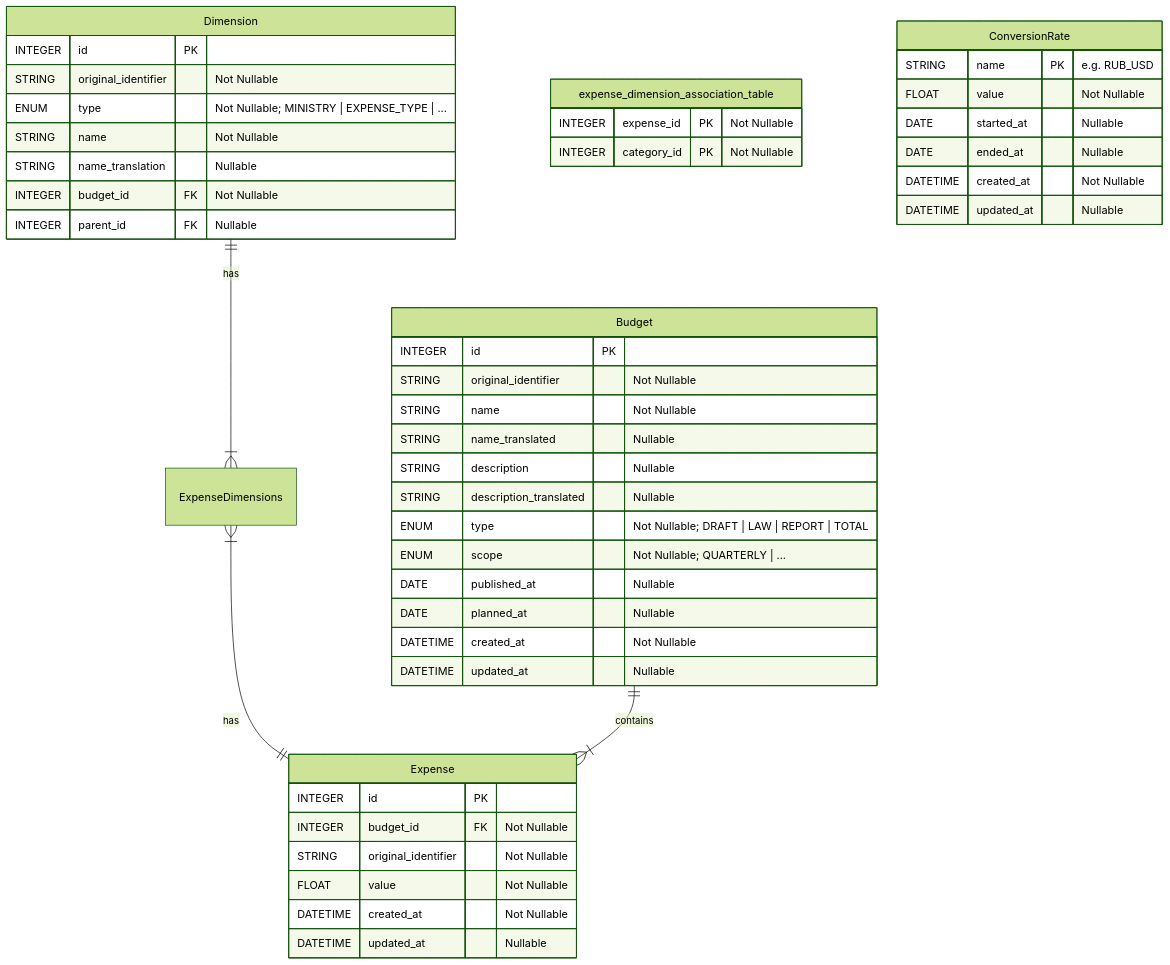
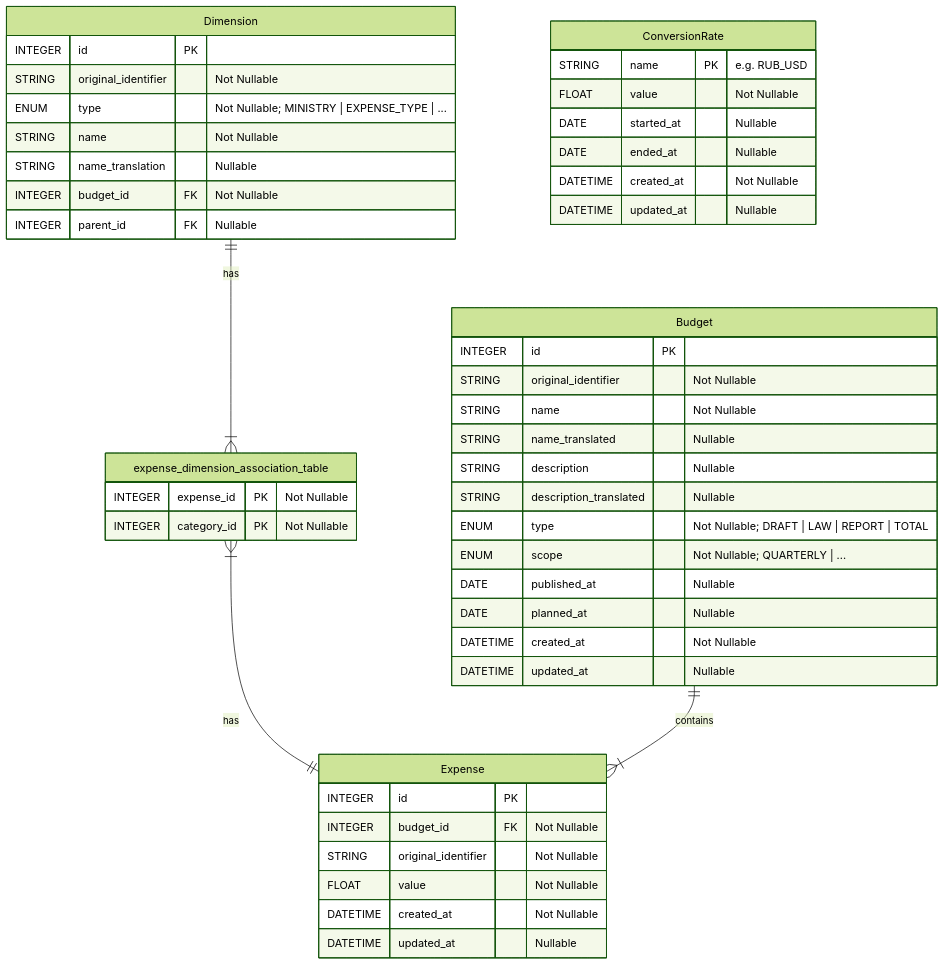
Before and after one commit to swp-berlin/ru_budget_tracker: the diagram in README.md, drawn with Mermaid (forest theme).

````diff
--- a/README.md
+++ b/README.md
@@ -74,49 +74,49 @@
 ```mermaid
 erDiagram
 	Dimension {
 	  INTEGER id PK
 	  STRING original_identifier "Not Nullable"
 	  ENUM type "Not Nullable; MINISTRY | EXPENSE_TYPE | ..."
 	  STRING name "Not Nullable"
 	  STRING name_translation "Nullable"
 	  INTEGER budget_id FK "Not Nullable"
 	  INTEGER parent_id FK "Nullable"
   }
-  Dimension ||--|{ ExpenseDimensions : has
+  Dimension ||--|{ expense_dimension_association_table : has
   expense_dimension_association_table {
 	  INTEGER expense_id PK "Not Nullable"
 	  INTEGER category_id PK "Not Nullable"
 	}
-	ExpenseDimensions }|--|| Expense : has
+	expense_dimension_association_table }|--|| Expense : has
 	Budget ||--|{ Expense : contains
 	Budget {
 	  INTEGER id PK
 	  STRING original_identifier "Not Nullable"
 	  STRING name "Not Nullable"
 	  STRING name_translated "Nullable"
 	  STRING description "Nullable"
 	  STRING description_translated "Nullable"
 	  ENUM type "Not Nullable; DRAFT | LAW | REPORT | TOTAL"
 	  ENUM scope "Not Nullable; QUARTERLY | ... "
 	  DATE published_at "Nullable"
 	  DATE planned_at "Nullable"
 	  DATETIME created_at "Not Nullable"
 	  DATETIME updated_at "Nullable"
 	}
   Expense {
 	  INTEGER id PK
 	  INTEGER budget_id FK "Not Nullable"
 	  STRING original_identifier "Not Nullable"
 	  FLOAT value "Not Nullable"
 	  DATETIME created_at "Not Nullable"
 	  DATETIME updated_at "Nullable"
   }
   ConversionRate{
 	  STRING name PK "e.g. RUB_USD"
 	  FLOAT value "Not Nullable"
 	  DATE started_at "Nullable"
 	  DATE ended_at "Nullable"
 	  DATETIME created_at "Not Nullable"
 	  DATETIME updated_at "Nullable"
   }
 ```
````
